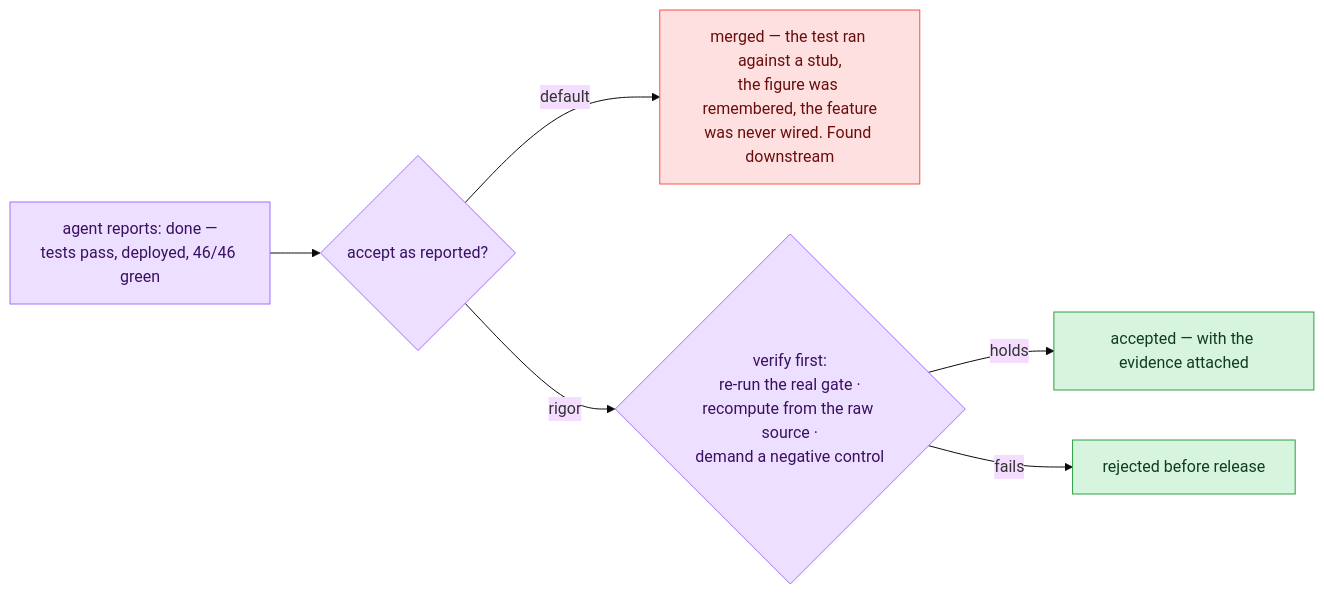
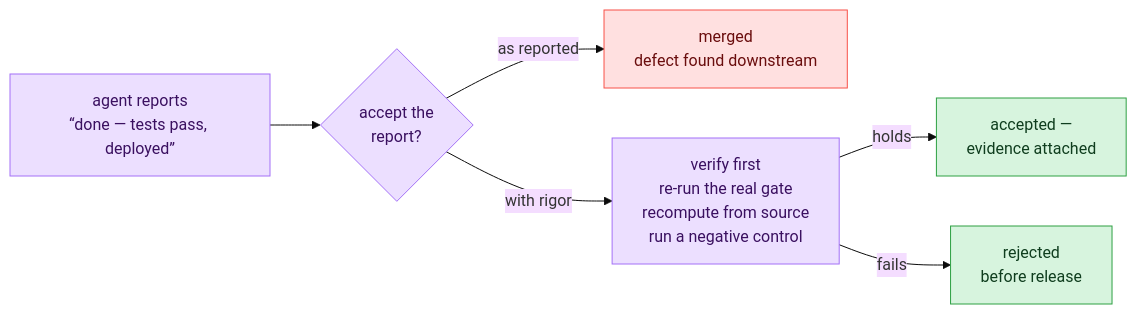
One commit to hossainpazooki/rigor changed the first of 8 diagrams in README.md. Above: the diagram before and after it, drawn with Mermaid (base theme). The commit also changed other lines of this file, not shown here.

````diff
--- a/README.md
+++ b/README.md
@@ -13,15 +13,15 @@
 ```mermaid
 flowchart LR
-    C["agent reports: done —<br/>tests pass, deployed, 46/46 green"] --> D{"accept as reported?"}
-    D -->|default| P["merged — the test ran against a stub,<br/>the figure was remembered, the feature<br/>was never wired. Found downstream"]
-    D -->|rigor| R{"verify first:<br/>re-run the real gate ·<br/>recompute from the raw source ·<br/>demand a negative control"}
-    R -->|holds| T["accepted — with the evidence attached"]
-    R -->|fails| F["rejected before release"]
+    A["agent reports<br/>“done — tests pass, deployed”"] --> Q{"accept the<br/>report?"}
+    Q -->|"as reported"| P["merged<br/>defect found downstream"]
+    Q -->|"with rigor"| V["verify first<br/>re-run the real gate<br/>recompute from source<br/>run a negative control"]
+    V -->|"holds"| T["accepted —<br/>evidence attached"]
+    V -->|"fails"| F["rejected<br/>before release"]
 
+    classDef n fill:#ecdfff,stroke:#a371f7,color:#3a1060;
     classDef ok fill:#d7f4de,stroke:#2ea043,color:#0f3d1e;
     classDef bad fill:#ffe0e0,stroke:#f85149,color:#6a0d0d;
-    classDef n fill:#ecdfff,stroke:#a371f7,color:#3a1060;
-    class C,D,R n;
+    class A,Q,V n;
     class T,F ok;
     class P bad;
 ```
````
